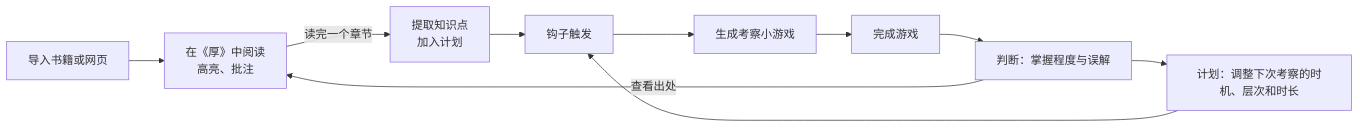
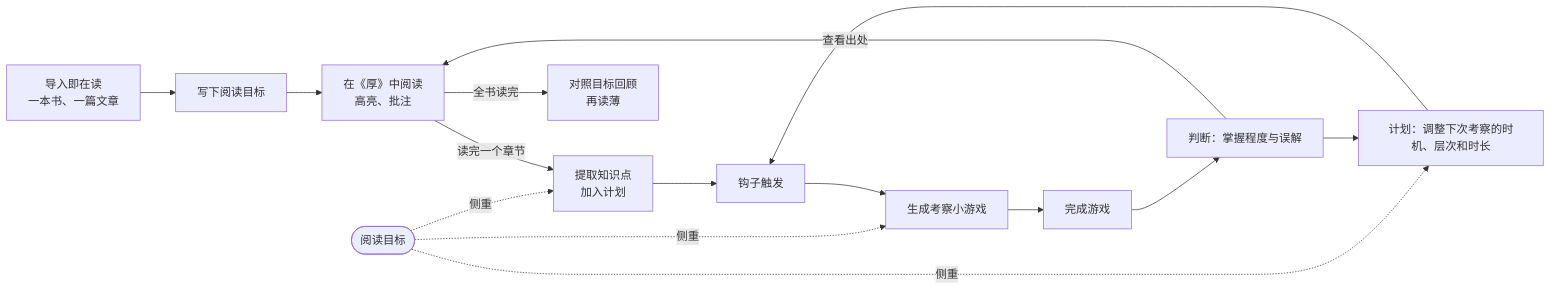
Before and after one commit to unStone/hou: the diagram in docs/PRD.md, drawn with Mermaid. The commit also changed other lines of this file and 4 other files, not shown here.

First line of the commit message:
加入"一本书，一篇文章"在读名额与阅读目标

````diff
--- a/docs/PRD.md
+++ b/docs/PRD.md
@@ -62,12 +62,17 @@
 ```mermaid
 flowchart LR
-  A[导入书籍或网页] --> B[在《厚》中阅读<br/>高亮、批注]
+  S[导入即在读<br/>一本书、一篇文章] --> A[写下阅读目标]
+  A --> B[在《厚》中阅读<br/>高亮、批注]
+  T([阅读目标]) -.侧重.-> C
+  T -.侧重.-> E
+  T -.侧重.-> H
   B -->|读完一个章节| C[提取知识点<br/>加入计划]
   C --> D[钩子触发]
   D --> E[生成考察小游戏]
   E --> F[完成游戏]
   F --> G[判断：掌握程度与误解]
   G --> H[计划：调整下次考察的时机、层次和时长]
   H --> D
   G -->|查看出处| B
+  B -->|全书读完| R[对照目标回顾<br/>再读薄]
 ```
````
